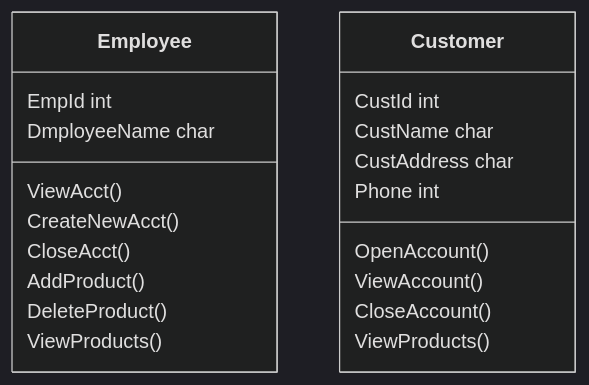
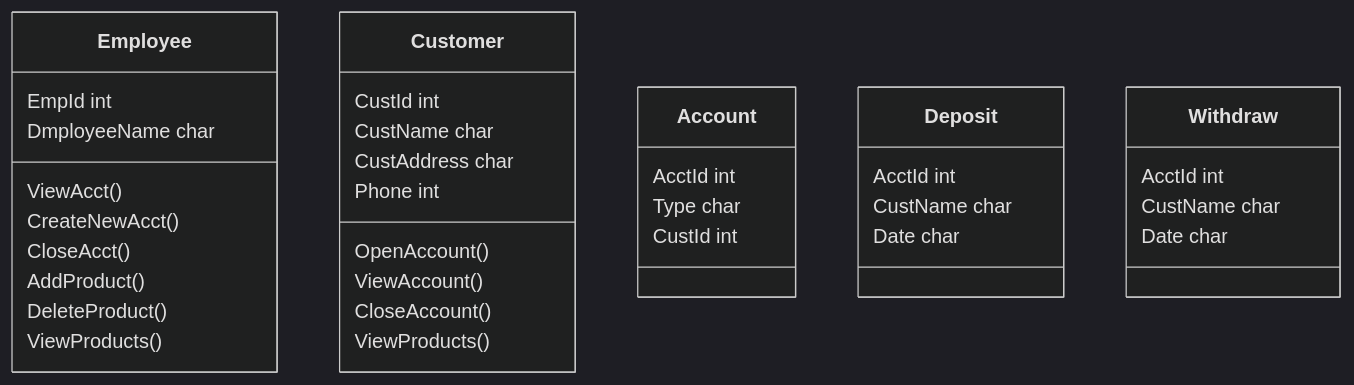
The diagram in mermaid.md (Marcus-Snell/Test), drawn with Mermaid (dark theme) before and after one commit.

````diff
--- a/mermaid.md
+++ b/mermaid.md
@@ -1,22 +1,37 @@
 ```mermaid
 classDiagram
 Employee 
 Employee : EmpId int
 Employee : DmployeeName char
 Employee : ViewAcct()
 Employee : CreateNewAcct()
 Employee : CloseAcct()
 Employee : AddProduct()
 Employee : DeleteProduct()
 Employee : ViewProducts()
 
 Customer
 Customer : CustId int
 Customer : CustName char
 Customer : CustAddress char
 Customer : Phone int
 Customer : OpenAccount()
 Customer : ViewAccount()
 Customer : CloseAccount()
 Customer : ViewProducts()
+
+Account
+Account : AcctId int
+Account : Type char
+Account : CustId int
+
+Deposit
+Deposit : AcctId int
+Deposit : CustName char
+Deposit : Date char
+
+Withdraw
+Withdraw : AcctId int
+Withdraw : CustName char
+Withdraw : Date char
 ```
````
